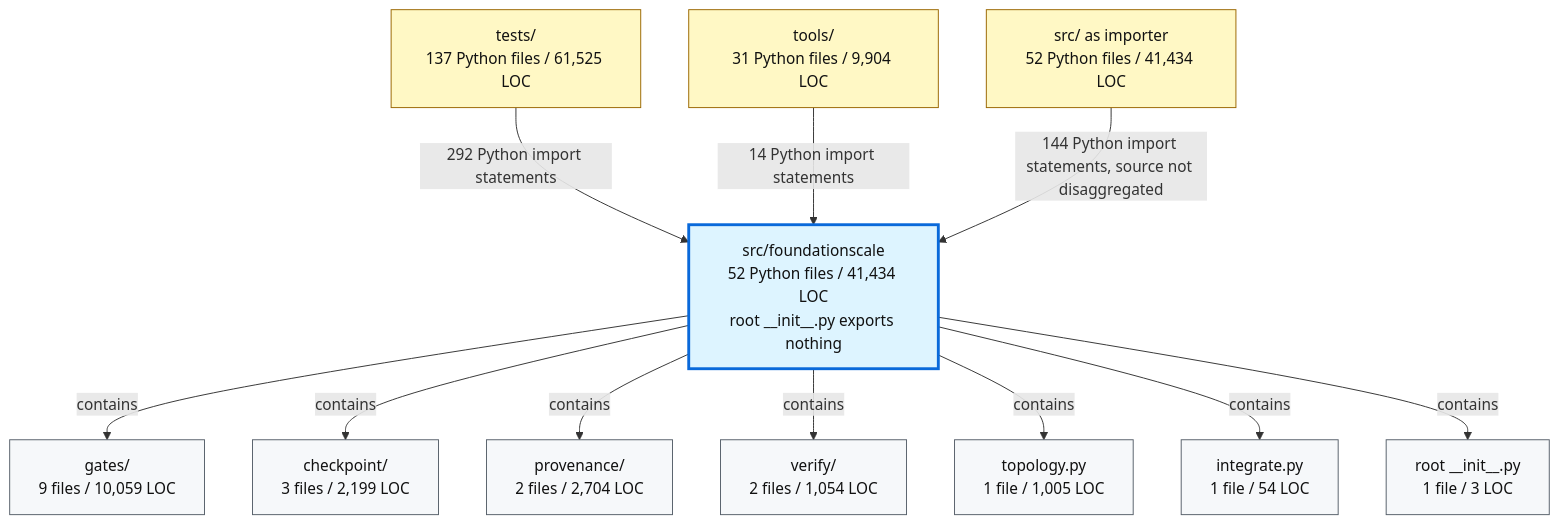
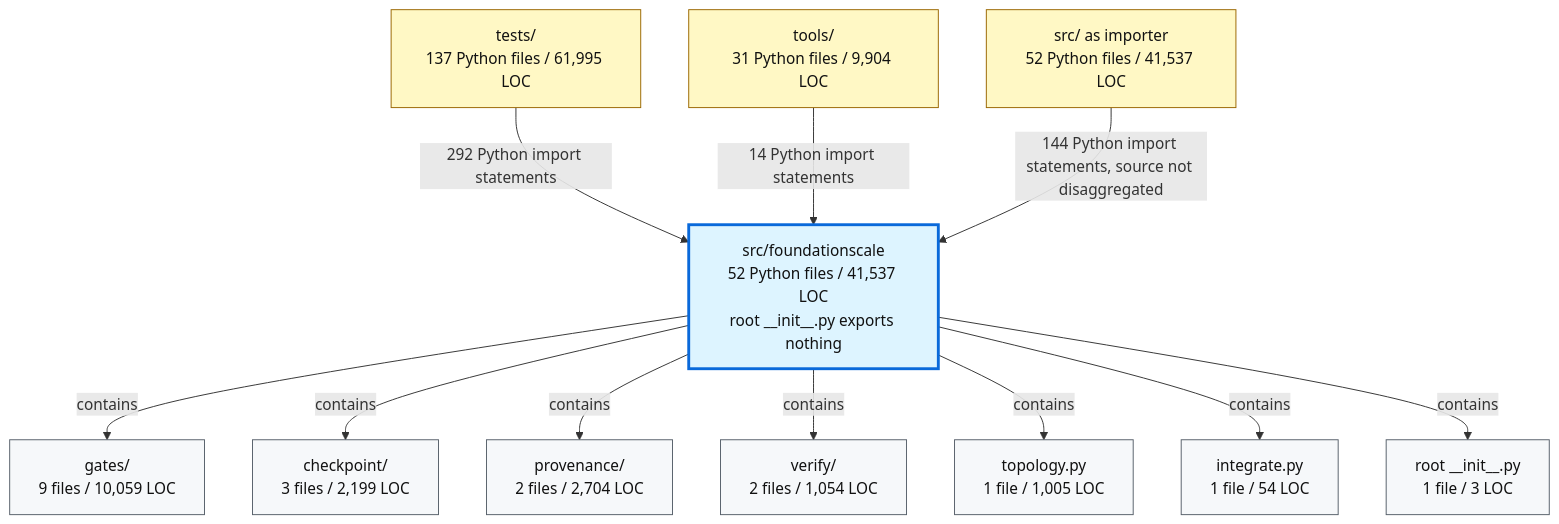
One commit to TranNhiem/FoundationScale changed the second of 2 diagrams in docs/review/D2_current_architecture.md. Above: the diagram before and after it, drawn with Mermaid. The commit also changed other lines of this file and 13 other files, not shown here.

````diff
--- a/docs/review/D2_current_architecture.md
+++ b/docs/review/D2_current_architecture.md
@@ -97,36 +97,36 @@
 ```mermaid
 flowchart TB
-  TESTS["tests/<br/>137 Python files / 61,525 LOC"]
+  TESTS["tests/<br/>137 Python files / 61,995 LOC"]
   TOOLS["tools/<br/>31 Python files / 9,904 LOC"]
-  SRC["src/ as importer<br/>52 Python files / 41,434 LOC"]
+  SRC["src/ as importer<br/>52 Python files / 41,537 LOC"]
 
-  FS["src/foundationscale<br/>52 Python files / 41,434 LOC<br/>root __init__.py exports nothing"]
+  FS["src/foundationscale<br/>52 Python files / 41,537 LOC<br/>root __init__.py exports nothing"]
 
   GATES["gates/<br/>9 files / 10,059 LOC"]
   CKPT["checkpoint/<br/>3 files / 2,199 LOC"]
   PROV["provenance/<br/>2 files / 2,704 LOC"]
   VERIFY["verify/<br/>2 files / 1,054 LOC"]
   TOPO["topology.py<br/>1 file / 1,005 LOC"]
   INTEG["integrate.py<br/>1 file / 54 LOC"]
   ROOT["root __init__.py<br/>1 file / 3 LOC"]
 
   TESTS -->|"292 Python import statements"| FS
   TOOLS -->|"14 Python import statements"| FS
   SRC -->|"144 Python import statements, source not disaggregated"| FS
 
   FS -->|"contains"| GATES
   FS -->|"contains"| CKPT
   FS -->|"contains"| PROV
   FS -->|"contains"| VERIFY
   FS -->|"contains"| TOPO
   FS -->|"contains"| INTEG
   FS -->|"contains"| ROOT
 
   classDef consumer fill:#fff8c5,stroke:#9a6700,color:#111;
   classDef package fill:#ddf4ff,stroke:#0969da,stroke-width:3px,color:#111;
   classDef module fill:#f6f8fa,stroke:#57606a,color:#111;
 
   class TESTS,TOOLS,SRC consumer;
   class FS package;
   class GATES,CKPT,PROV,VERIFY,TOPO,INTEG,ROOT module;
 ```
````
